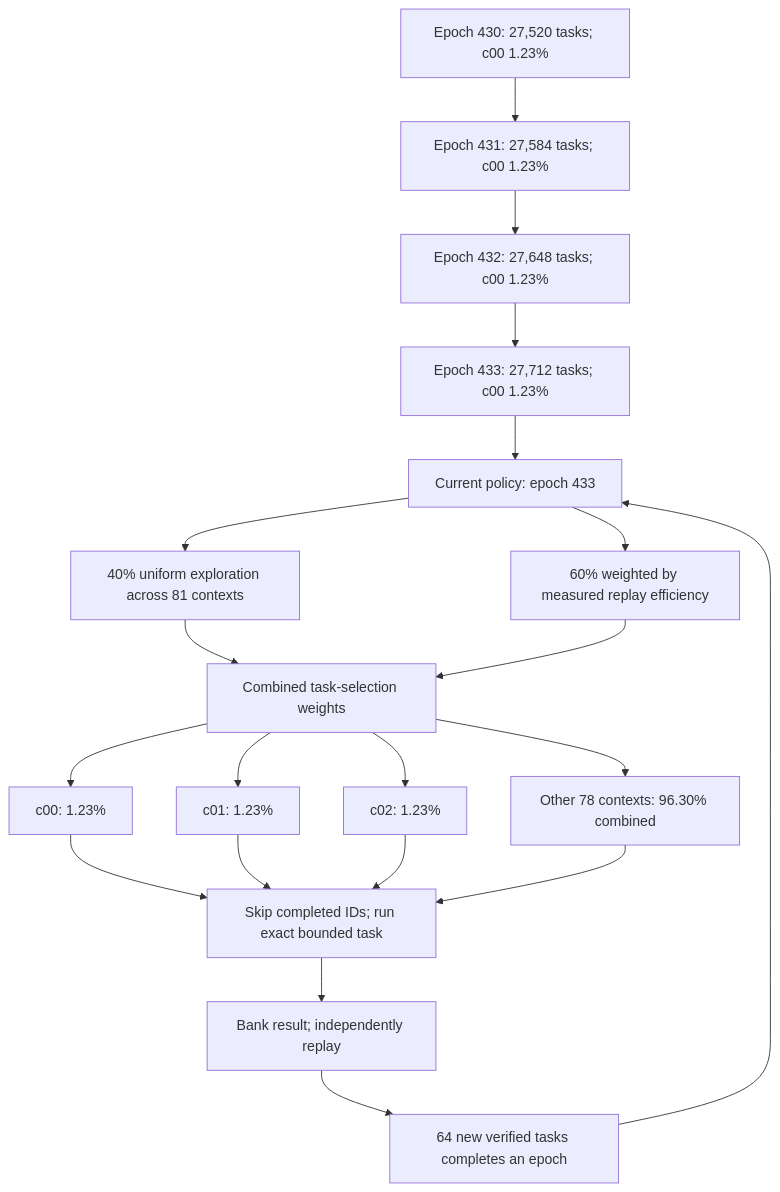
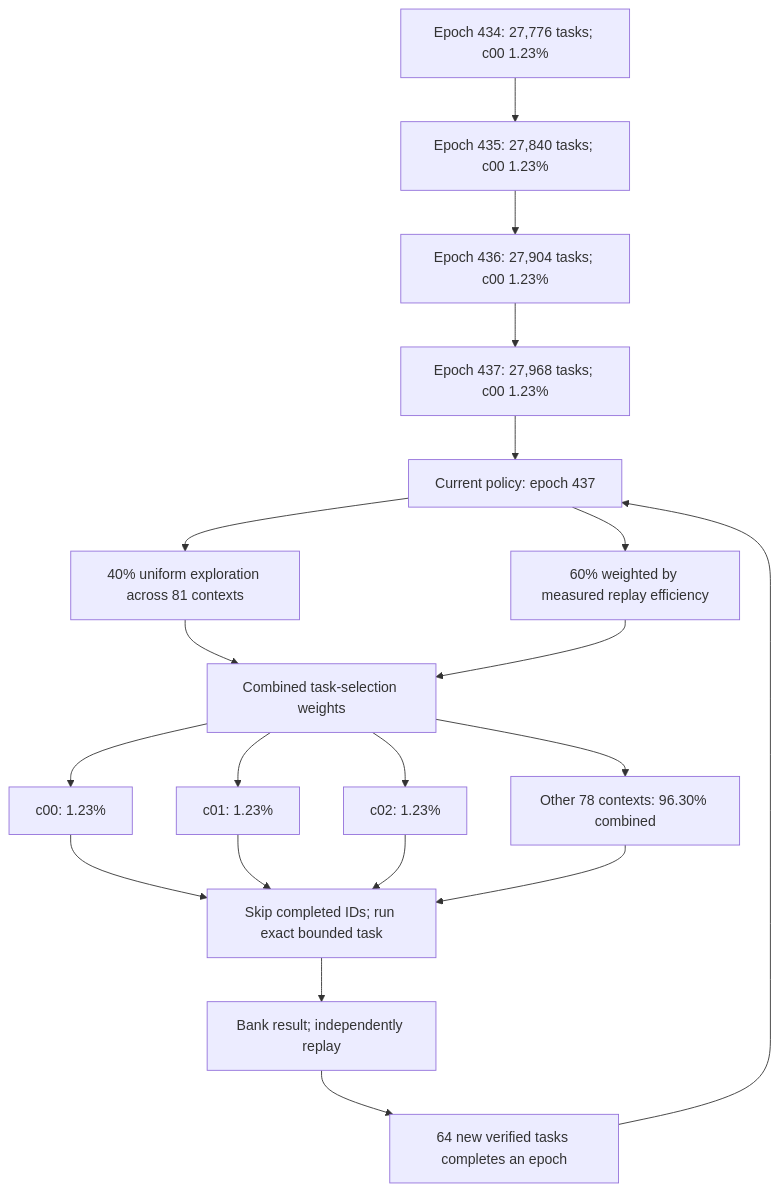
Before and after one commit to Kuberwastaken/math-gambling: the first of 2 diagrams in README.md, drawn with Mermaid. The commit also changed other lines of this file and 600 other files, not shown here.

````diff
--- a/README.md
+++ b/README.md
@@ -50,27 +50,27 @@
 ```mermaid
 flowchart TD
-    H0["Epoch 430: 27,520 tasks; c00 1.23%"]
-    H1["Epoch 431: 27,584 tasks; c00 1.23%"]
+    H0["Epoch 434: 27,776 tasks; c00 1.23%"]
+    H1["Epoch 435: 27,840 tasks; c00 1.23%"]
     H0 --> H1
-    H2["Epoch 432: 27,648 tasks; c00 1.23%"]
+    H2["Epoch 436: 27,904 tasks; c00 1.23%"]
     H1 --> H2
-    H3["Epoch 433: 27,712 tasks; c00 1.23%"]
+    H3["Epoch 437: 27,968 tasks; c00 1.23%"]
     H2 --> H3
-    Policy["Current policy: epoch 433"]
+    Policy["Current policy: epoch 437"]
     H3 --> Policy
     Policy --> Explore["40% uniform exploration across 81 contexts"]
     Policy --> Cost["60% weighted by measured replay efficiency"]
     Explore --> Mix["Combined task-selection weights"]
     Cost --> Mix
     Mix --> C0["c00: 1.23%"]
     Mix --> C1["c01: 1.23%"]
     Mix --> C2["c02: 1.23%"]
     Mix --> Rest["Other 78 contexts: 96.30% combined"]
     C0 --> Check["Skip completed IDs; run exact bounded task"]
     C1 --> Check
     C2 --> Check
     Rest --> Check
     Check --> Replay["Bank result; independently replay"]
     Replay --> Gate["64 new verified tasks completes an epoch"]
     Gate --> Policy
 ```
````
